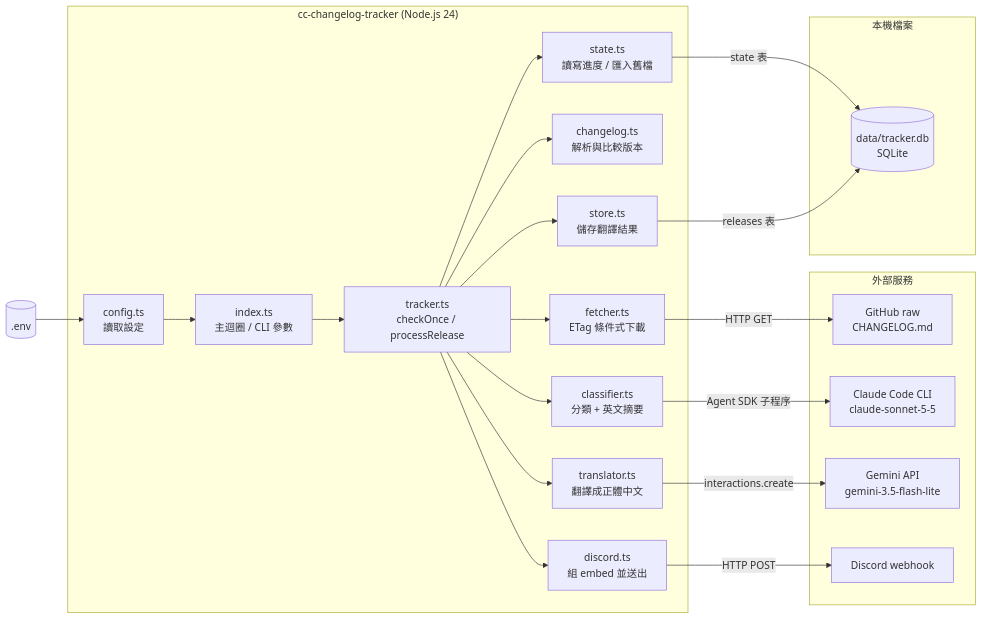
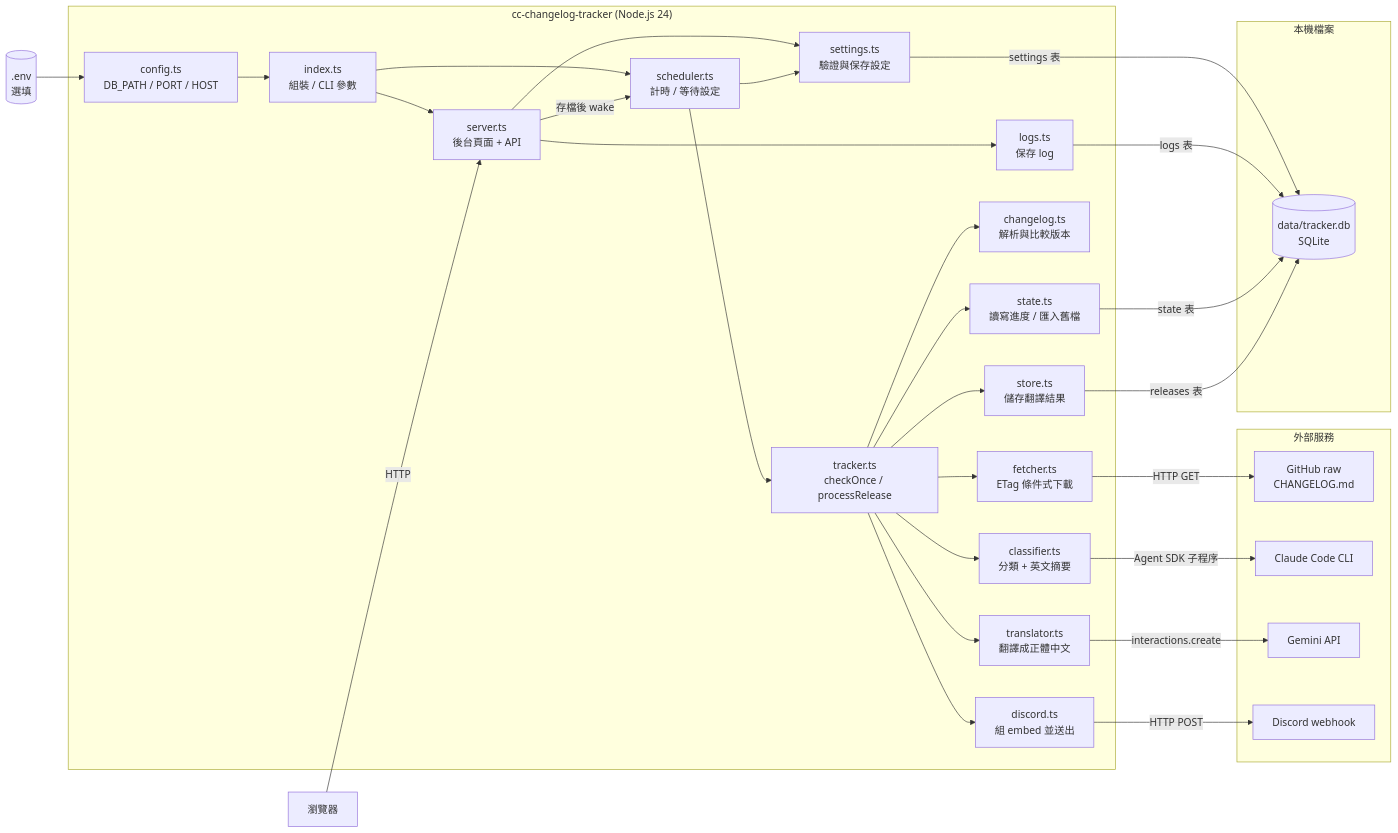
The diagram in docs/src/architecture.mmd (seanmars/cc-changelog-tracker), drawn with Mermaid before and after one commit. The commit also changed 18 other files, not shown here.

Commit message:
feat(admin): add web admin for settings and logs

```diff
--- a/docs/src/architecture.mmd
+++ b/docs/src/architecture.mmd
@@ -1,43 +1,57 @@
 flowchart LR
-  env[(".env")]
+  env[(".env<br/>選填")]
+  browser["瀏覽器"]
 
   subgraph app["cc-changelog-tracker (Node.js 24)"]
-    config["config.ts<br/>讀取設定"]
-    index["index.ts<br/>主迴圈 / CLI 參數"]
+    config["config.ts<br/>DB_PATH / PORT / HOST"]
+    index["index.ts<br/>組裝 / CLI 參數"]
+    server["server.ts<br/>後台頁面 + API"]
+    scheduler["scheduler.ts<br/>計時 / 等待設定"]
+    settings["settings.ts<br/>驗證與保存設定"]
+    logs["logs.ts<br/>保存 log"]
     tracker["tracker.ts<br/>checkOnce / processRelease"]
     fetcher["fetcher.ts<br/>ETag 條件式下載"]
     changelog["changelog.ts<br/>解析與比較版本"]
     classifier["classifier.ts<br/>分類 + 英文摘要"]
     translator["translator.ts<br/>翻譯成正體中文"]
     discord["discord.ts<br/>組 embed 並送出"]
     state["state.ts<br/>讀寫進度 / 匯入舊檔"]
     store["store.ts<br/>儲存翻譯結果"]
   end
 
   subgraph ext["外部服務"]
     github["GitHub raw<br/>CHANGELOG.md"]
-    claude["Claude Code CLI<br/>claude-sonnet-5-5"]
-    gemini["Gemini API<br/>gemini-3.5-flash-lite"]
+    claude["Claude Code CLI"]
+    gemini["Gemini API"]
     webhook["Discord webhook"]
   end
 
   subgraph local["本機檔案"]
     dbfile[("data/tracker.db<br/>SQLite")]
   end
 
   env --> config
   config --> index
-  index --> tracker
+  index --> server
+  index --> scheduler
+  browser -->|"HTTP"| server
+  server --> settings
+  server --> logs
+  server -->|"存檔後 wake"| scheduler
+  scheduler --> settings
+  scheduler --> tracker
   tracker --> fetcher
   tracker --> changelog
   tracker --> classifier
   tracker --> translator
   tracker --> discord
   tracker --> state
   tracker --> store
   fetcher -->|"HTTP GET"| github
   classifier -->|"Agent SDK 子程序"| claude
   translator -->|"interactions.create"| gemini
   discord -->|"HTTP POST"| webhook
+  settings -->|"settings 表"| dbfile
+  logs -->|"logs 表"| dbfile
   state -->|"state 表"| dbfile
   store -->|"releases 表"| dbfile
```
